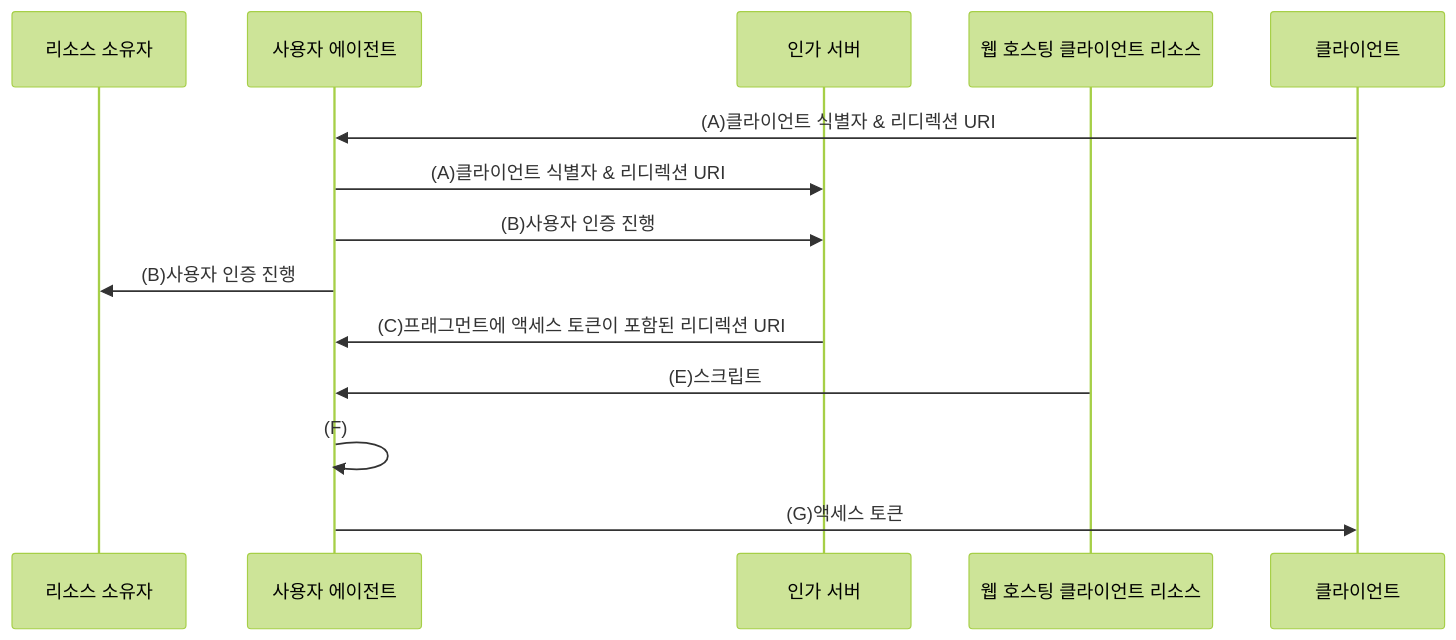
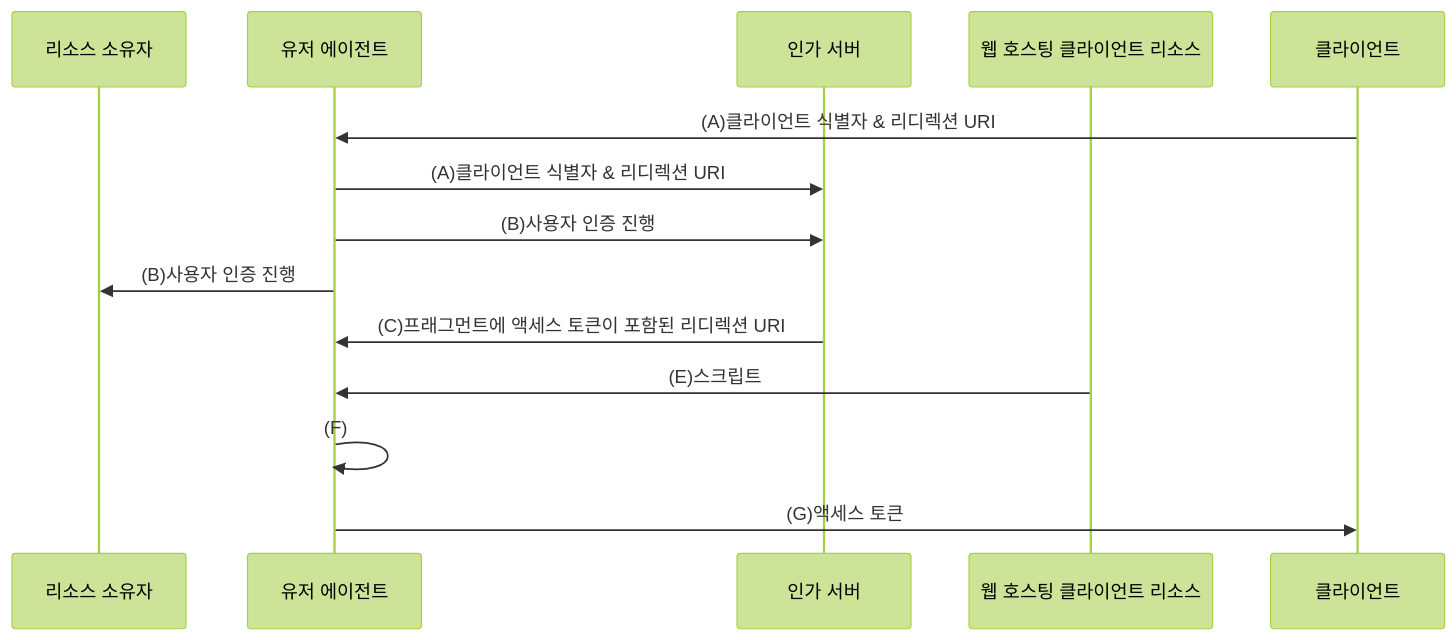
The fourth of 6 diagrams in translated_ko.md (team-unchained/rfc-6749), drawn with Mermaid (forest theme) before and after one commit. The commit also changed other lines of this file and 1 other file, not shown here.

````diff
--- a/translated_ko.md
+++ b/translated_ko.md
@@ -886,17 +886,17 @@
 ```mermaid
 sequenceDiagram
     participant RO as 리소스 소유자
-    participant UA as 사용자 에이전트
+    participant UA as 유저 에이전트
     participant AS as 인가 서버
     participant WHCR as 웹 호스팅 클라이언트 리소스
     participant C as 클라이언트
 
     C->>UA: (A)클라이언트 식별자 & 리디렉션 URI
     UA->>AS: (A)클라이언트 식별자 & 리디렉션 URI
     UA->>AS: (B)사용자 인증 진행
     UA->>RO: (B)사용자 인증 진행
     AS->>UA: (C)프래그먼트에 액세스 토큰이 포함된 리디렉션 URI
     WHCR->>UA: (E)스크립트
     UA->>UA: (F)
     UA->>C: (G)액세스 토큰
 ```
````
